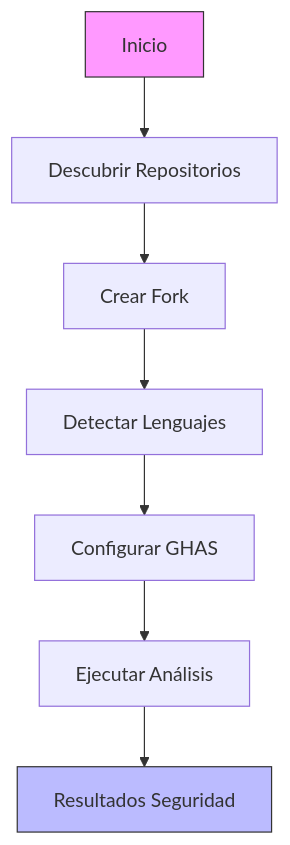
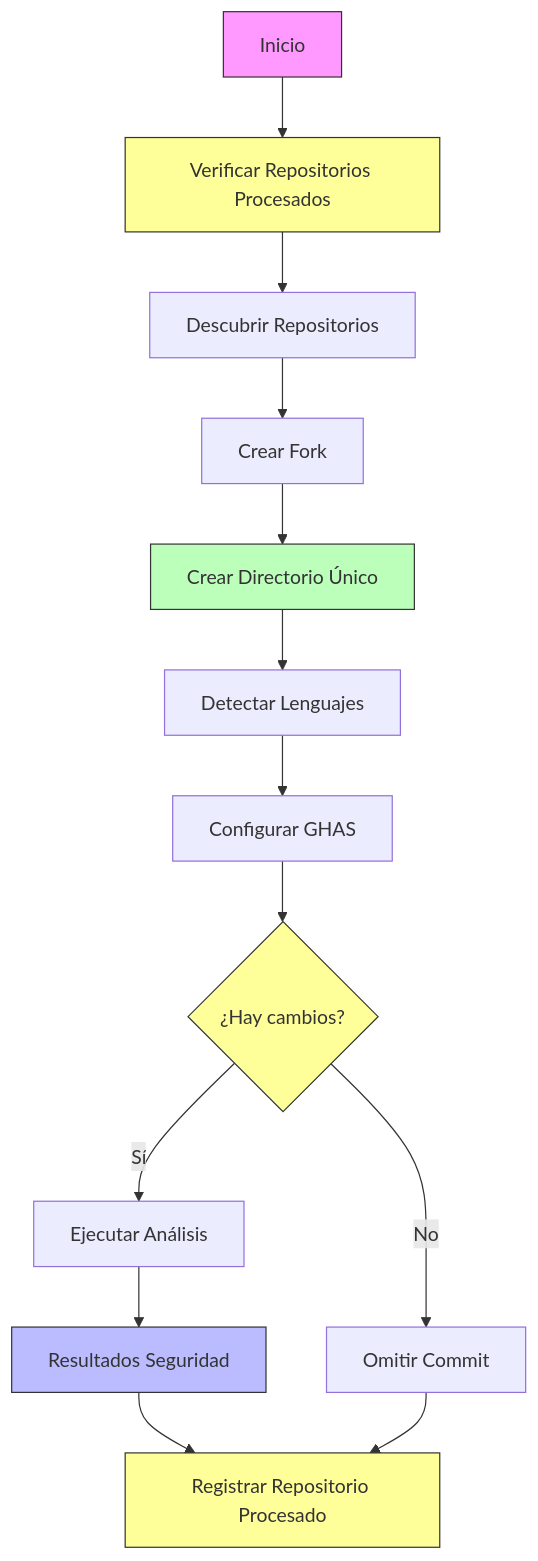
Before and after one commit to danyelliot/tesis-poc: the first of 10 diagrams in README.md, drawn with Mermaid. The commit also changed other lines of this file and 7 other files, not shown here.

````diff
--- a/README.md
+++ b/README.md
@@ -31,12 +31,22 @@
 ```mermaid
 graph TD
-    A[Inicio] --> B[Descubrir Repositorios]
+    A[Inicio] --> CheckTracking[Verificar Repositorios Procesados]
+    CheckTracking --> B[Descubrir Repositorios]
     B --> C[Crear Fork]
-    C --> D[Detectar Lenguajes]
+    C --> UniqueDir[Crear Directorio Único]
+    UniqueDir --> D[Detectar Lenguajes]
     D --> E[Configurar GHAS]
-    E --> F[Ejecutar Análisis]
+    E --> ChangeCheck{¿Hay cambios?}
+    ChangeCheck --> |Sí| F[Ejecutar Análisis]
+    ChangeCheck --> |No| Skip[Omitir Commit]
     F --> G[Resultados Seguridad]
+    G --> TrackRepo[Registrar Repositorio Procesado]
+    Skip --> TrackRepo
     
     style A fill:#f9f,stroke:#333
     style G fill:#bbf,stroke:#333
+    style CheckTracking fill:#ff9,stroke:#333
+    style TrackRepo fill:#ff9,stroke:#333
+    style UniqueDir fill:#bfb,stroke:#333
+    style ChangeCheck fill:#ff9,stroke:#333
 ```
````
